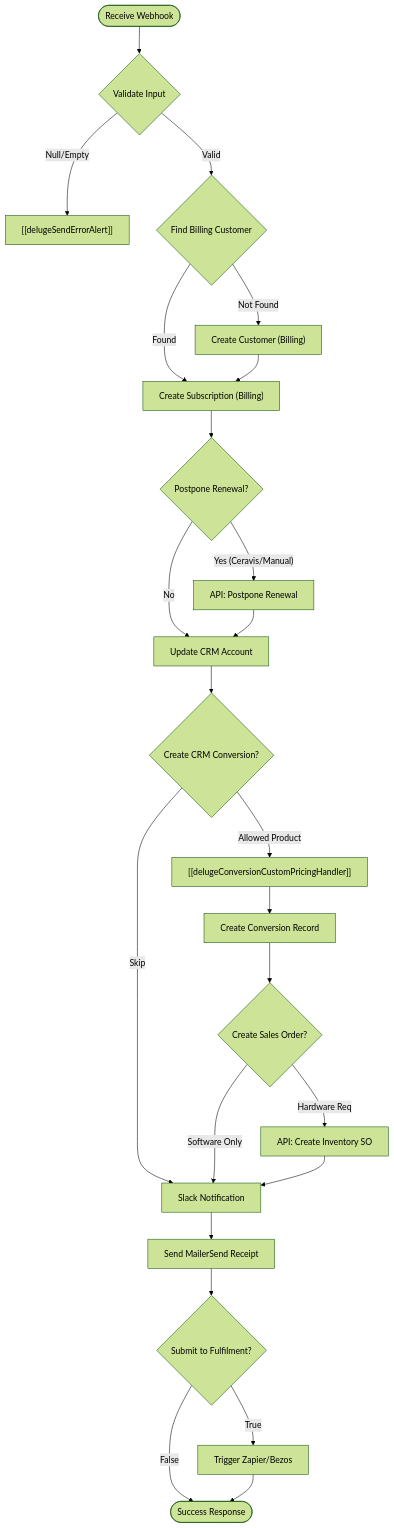
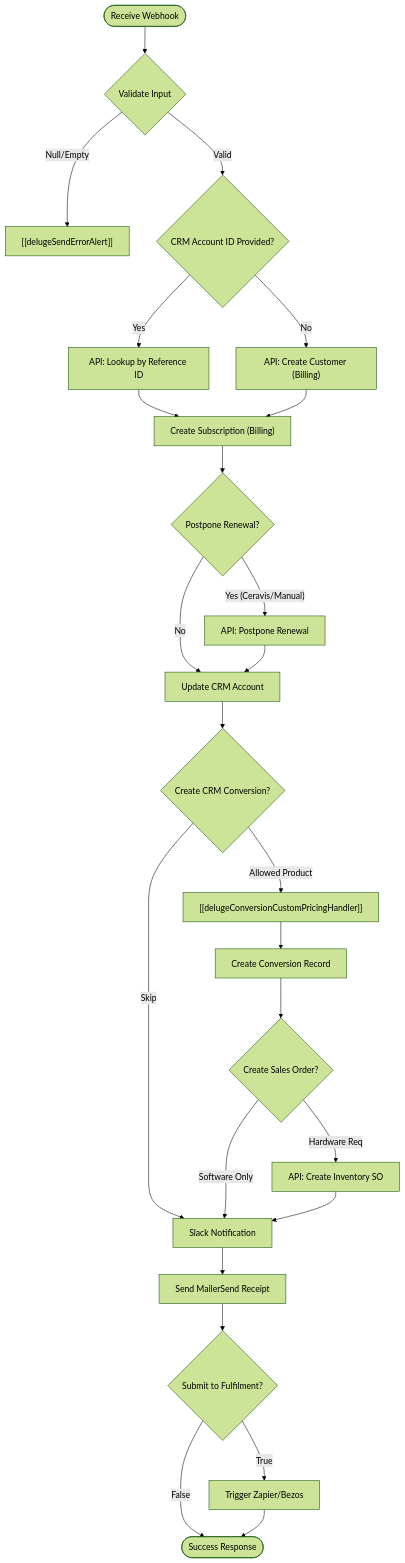
One commit to martinkp93/zoho-scripts changed the diagram in Acquisition and Onboarding/Order Ingestion/Subscription Handler/delugeSubscriptionHandler.md. Above: the diagram before and after it, drawn with Mermaid (forest theme). The commit also changed other lines of this file, not shown here.

Commit message:
Update delugeSubscriptionHandler.md docs via DeluluDocu

````diff
--- a/Acquisition and Onboarding/Order Ingestion/Subscription Handler/delugeSubscriptionHandler.md
+++ b/Acquisition and Onboarding/Order Ingestion/Subscription Handler/delugeSubscriptionHandler.md
@@ -42,31 +41,33 @@
 ```mermaid
 graph TD
     Start(["Receive Webhook"]) --> Val{"Validate Input"}
     Val -- "Null/Empty" --> ErrAlert["[[delugeSendErrorAlert]]"]
-    Val -- "Valid" --> FindCust{"Find Billing Customer"}
+    Val -- "Valid" --> CheckCRM{"CRM Account ID Provided?"}
     
-    FindCust -- "Not Found" --> CreateCust["Create Customer (Billing)"]
-    FindCust -- "Found" --> SubCreate["Create Subscription (Billing)"]
+    CheckCRM -- "Yes" --> RefLookup["API: Lookup by Reference ID"]
+    CheckCRM -- "No" --> CreateCust["API: Create Customer (Billing)"]
+    
+    RefLookup --> SubCreate["Create Subscription (Billing)"]
     CreateCust --> SubCreate
     
     SubCreate --> Postpone{"Postpone Renewal?"}
     Postpone -- "Yes (Ceravis/Manual)" --> APIPostpone["API: Postpone Renewal"]
     Postpone -- "No" --> CRMUpdate["Update CRM Account"]
     APIPostpone --> CRMUpdate
     
     CRMUpdate --> Conv{"Create CRM Conversion?"}
     Conv -- "Allowed Product" --> Pricing["[[delugeConversionCustomPricingHandler]]"]
     Pricing --> ConvCreate["Create Conversion Record"]
     Conv -- "Skip" --> SlackNotify["Slack Notification"]
     ConvCreate --> SOCreate{"Create Sales Order?"}
     
     SOCreate -- "Hardware Req" --> SOInv["API: Create Inventory SO"]
     SOCreate -- "Software Only" --> SlackNotify
     SOInv --> SlackNotify
     
     SlackNotify --> Email["Send MailerSend Receipt"]
     Email --> Fulfil{"Submit to Fulfilment?"}
     Fulfil -- "True" --> Zapier["Trigger Zapier/Bezos"]
     Fulfil -- "False" --> End(["Success Response"])
     Zapier --> End
 ```
````
